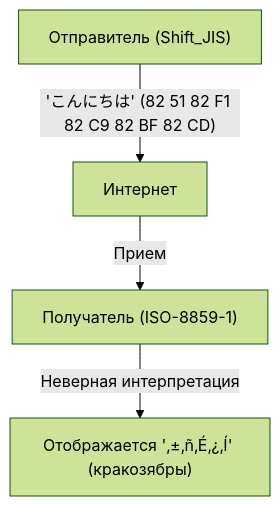
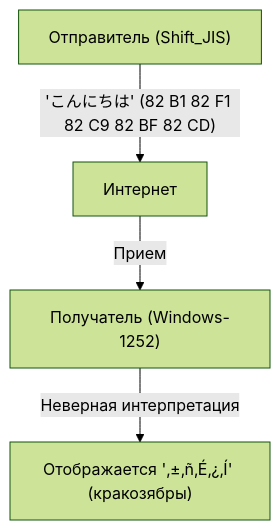
One commit to kenjinote/blog changed the first of 2 diagrams in content/post/history-of-unicode-encoding/index.ru.md. Above: the diagram before and after it, drawn with Mermaid (forest theme). The commit also changed other lines of this file and 21 other files, not shown here.

````diff
--- a/content/post/history-of-unicode-encoding/index.ru.md
+++ b/content/post/history-of-unicode-encoding/index.ru.md
@@ -34,6 +35,6 @@
 ```mermaid
 graph TD
-    A["Отправитель (Shift_JIS)"] -- "'こんにちは' (82 51 82 F1 82 C9 82 BF 82 CD)" --> B["Интернет"]
-    B -- "Прием" --> C["Получатель (ISO-8859-1)"]
+    A["Отправитель (Shift_JIS)"] -- "'こんにちは' (82 B1 82 F1 82 C9 82 BF 82 CD)" --> B["Интернет"]
+    B -- "Прием" --> C["Получатель (Windows-1252)"]
     C -- "Неверная интерпретация" --> D["Отображается '‚±‚ñ‚É‚¿‚Í' (кракозябры)"]
 ```
````
